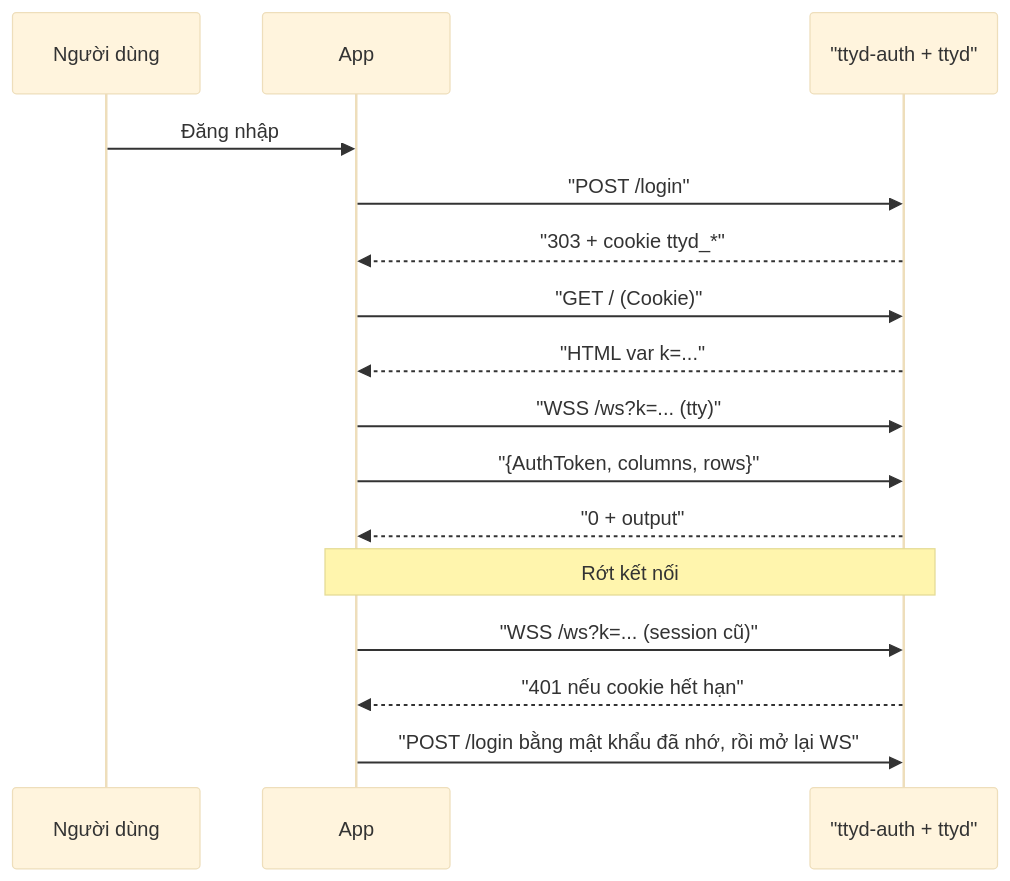
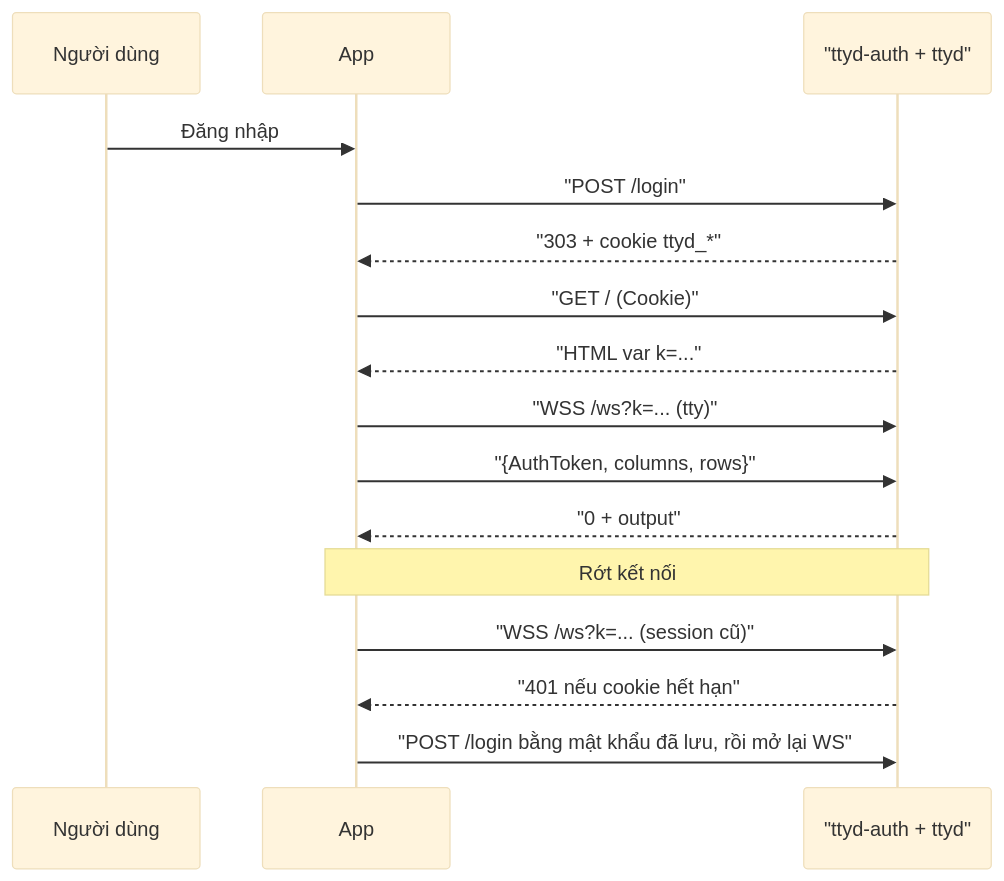
The diagram in docs/feature/ket-noi-ttyd.md (mihb123/ttyd-keys), drawn with Mermaid (base theme) before and after one commit. The commit also changed other lines of this file and 13 other files, not shown here.

````diff
--- a/docs/feature/ket-noi-ttyd.md
+++ b/docs/feature/ket-noi-ttyd.md
@@ -44,18 +44,18 @@
 ```mermaid
 sequenceDiagram
     participant U as Người dùng
     participant A as App
     participant S as "ttyd-auth + ttyd"
     U->>A: Đăng nhập
     A->>S: "POST /login"
     S-->>A: "303 + cookie ttyd_*"
     A->>S: "GET / (Cookie)"
     S-->>A: "HTML var k=..."
     A->>S: "WSS /ws?k=... (tty)"
     A->>S: "{AuthToken, columns, rows}"
     S-->>A: "0 + output"
     Note over A,S: Rớt kết nối
     A->>S: "WSS /ws?k=... (session cũ)"
     S-->>A: "401 nếu cookie hết hạn"
-    A->>S: "POST /login bằng mật khẩu đã nhớ, rồi mở lại WS"
+    A->>S: "POST /login bằng mật khẩu đã lưu, rồi mở lại WS"
 ```
````
